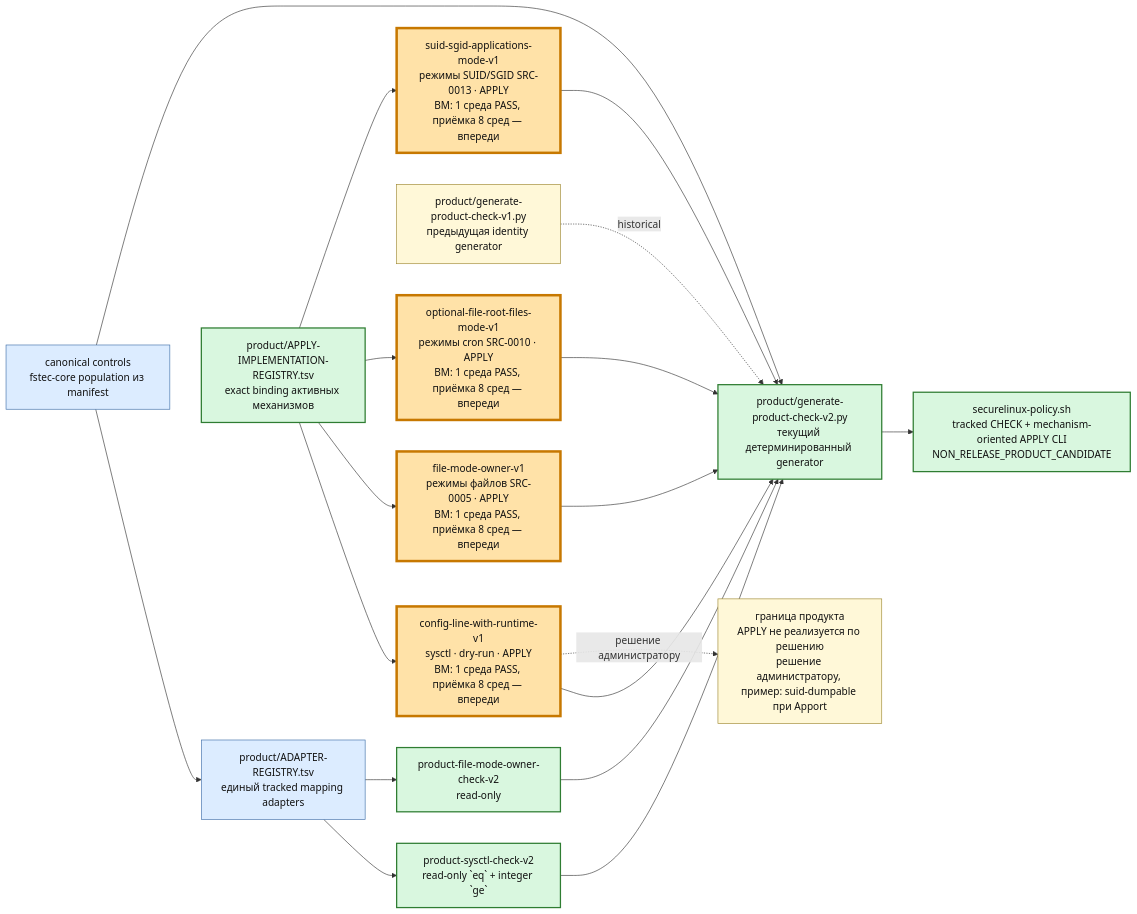
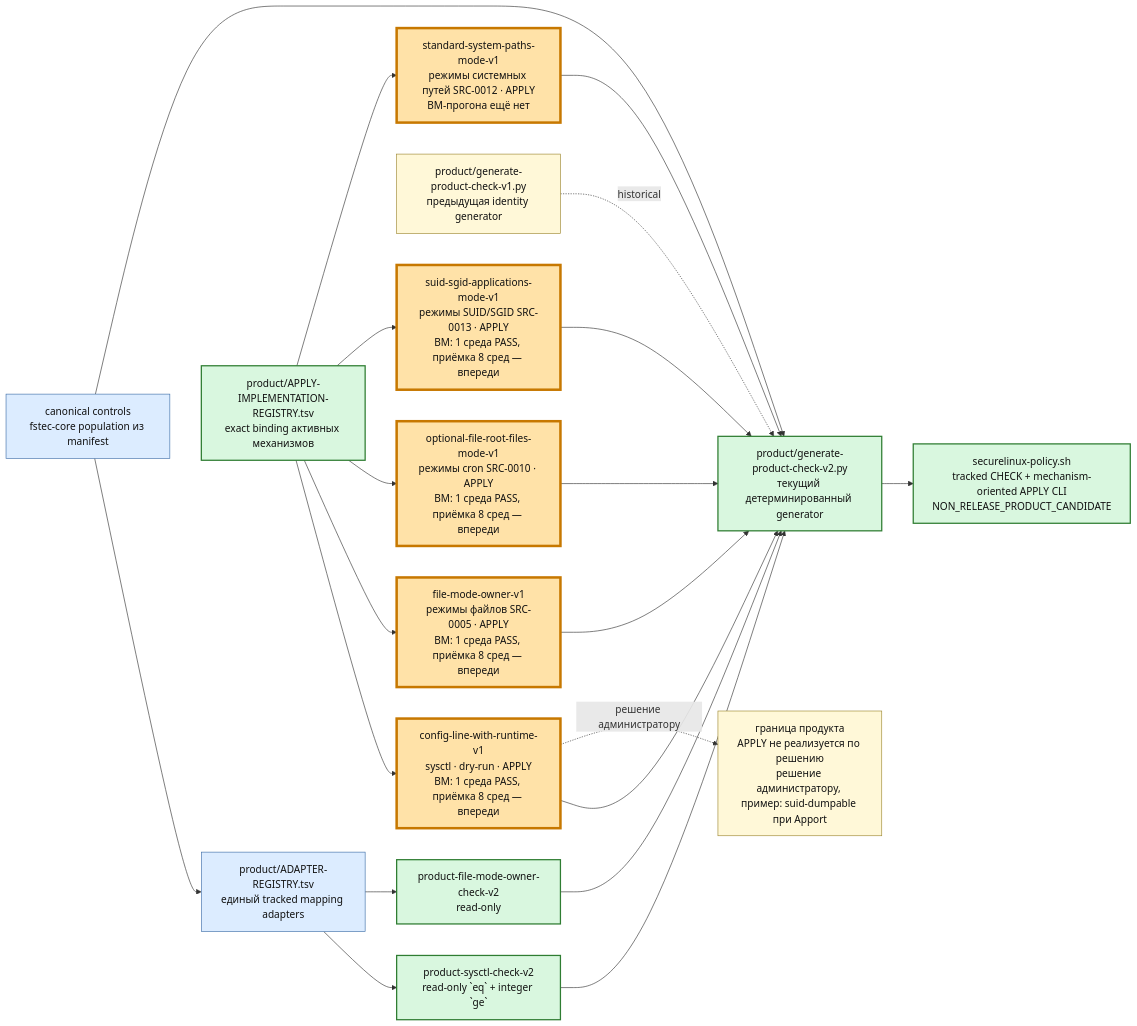
The third of 6 diagrams in docs/PROJECT-MAP.md (rasav65/SecureLinux-Policy), drawn with Mermaid before and after one commit. The commit also changed 6 other files, not shown here.

First line of the commit message:
docs: узел механизма standard-system-paths-mode-v1 в карте проекта

````diff
--- a/docs/PROJECT-MAP.md
+++ b/docs/PROJECT-MAP.md
@@ -206,34 +206,36 @@
 ```mermaid
 flowchart LR
     CTRLNOW["canonical controls<br/>fstec-core population из manifest"]:::component
     REG["product/ADAPTER-REGISTRY.tsv<br/>единый tracked mapping adapters"]:::component
     SYS["product-sysctl-check-v2<br/>read-only `eq` + integer `ge`"]:::closed
     FILE["product-file-mode-owner-check-v2<br/>read-only"]:::closed
     GEN1["product/generate-product-check-v1.py<br/>предыдущая identity generator"]:::note
     GEN2["product/generate-product-check-v2.py<br/>текущий детерминированный generator"]:::closed
     IMPLREG["product/APPLY-IMPLEMENTATION-REGISTRY.tsv<br/>exact binding активных механизмов"]:::closed
     APPLY1["config-line-with-runtime-v1<br/>sysctl · dry-run · APPLY<br/>ВМ: 1 среда PASS, приёмка 8 сред — впереди"]:::current
     APPLY2["file-mode-owner-v1<br/>режимы файлов SRC-0005 · APPLY<br/>ВМ: 1 среда PASS, приёмка 8 сред — впереди"]:::current
     APPLY3["optional-file-root-files-mode-v1<br/>режимы cron SRC-0010 · APPLY<br/>ВМ: 1 среда PASS, приёмка 8 сред — впереди"]:::current
     APPLY4["suid-sgid-applications-mode-v1<br/>режимы SUID/SGID SRC-0013 · APPLY<br/>ВМ: 1 среда PASS, приёмка 8 сред — впереди"]:::current
+    APPLY5["standard-system-paths-mode-v1<br/>режимы системных путей SRC-0012 · APPLY<br/>ВМ-прогона ещё нет"]:::current
     CLI["securelinux-policy.sh<br/>tracked CHECK + mechanism-oriented APPLY CLI<br/>NON_RELEASE_PRODUCT_CANDIDATE"]:::closed
     ADMIN["граница продукта<br/>APPLY не реализуется по решению<br/>решение администратору, пример: suid-dumpable при Apport"]:::note
 
     CTRLNOW --> REG
     REG --> SYS
     REG --> FILE
     SYS --> GEN2
     FILE --> GEN2
     CTRLNOW --> GEN2 --> CLI
     IMPLREG --> APPLY1 --> GEN2
     IMPLREG --> APPLY2 --> GEN2
     IMPLREG --> APPLY3 --> GEN2
     IMPLREG --> APPLY4 --> GEN2
+    IMPLREG --> APPLY5 --> GEN2
     APPLY1 -. решение администратору .-> ADMIN
     GEN1 -. historical .-> GEN2
 
     classDef closed fill:#d9f7df,stroke:#2f7d32,color:#111,stroke-width:2px;
     classDef component fill:#dcecff,stroke:#3e6ea8,color:#111;
     classDef current fill:#ffe2a8,stroke:#c77800,color:#111,stroke-width:4px;
     classDef note fill:#fff8d8,stroke:#9d8730,color:#111;
 ```
````
